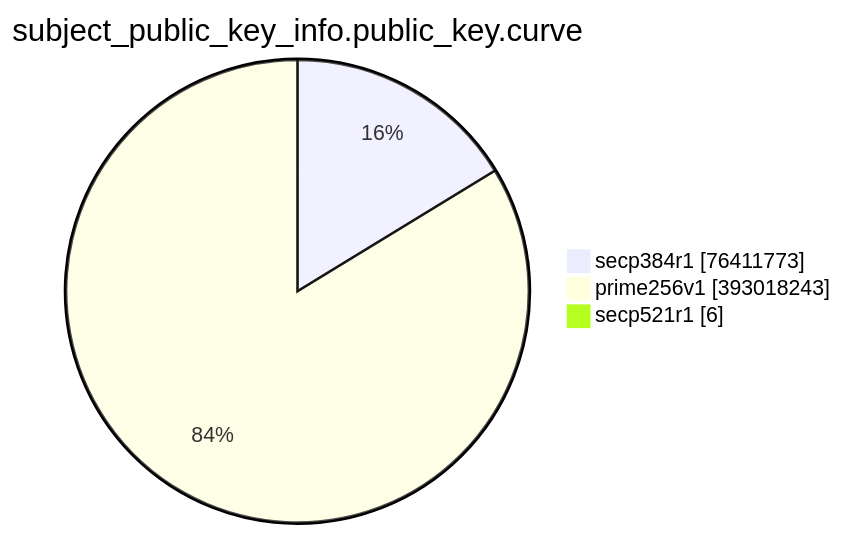
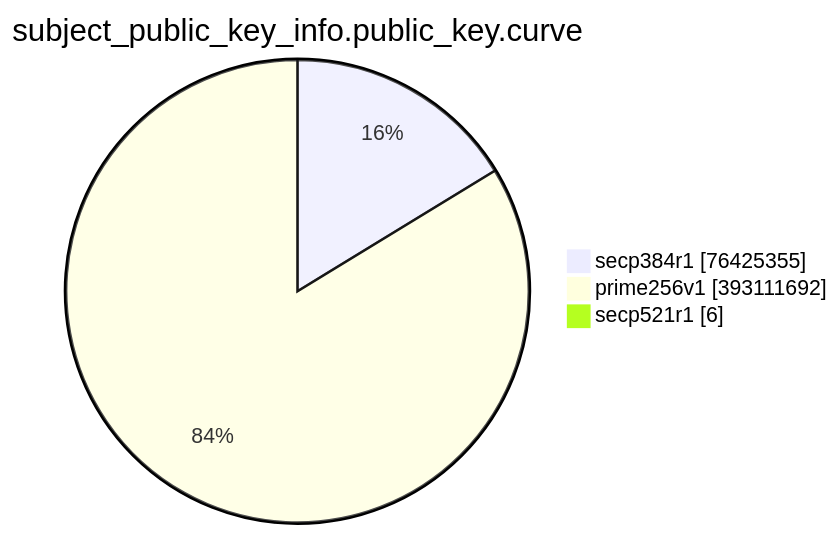
One commit to christiankrug/ctmonitor_visualization changed the eighth of 15 diagrams in TOTAL/README.md. Above: the diagram before and after it, drawn with Mermaid. The commit also changed other lines of this file, not shown here.

````diff
--- a/TOTAL/README.md
+++ b/TOTAL/README.md
@@ -3094,7 +3094,7 @@
 ```mermaid
 pie showData
 title subject_public_key_info.public_key.curve
-"secp384r1" :76411773
-"prime256v1" :393018243
+"secp384r1" :76425355
+"prime256v1" :393111692
 "secp521r1" :6
 ```
````
